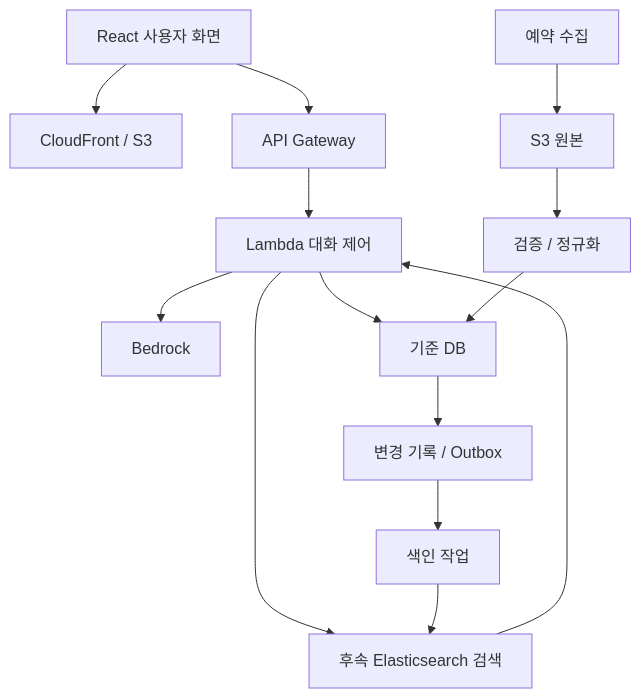
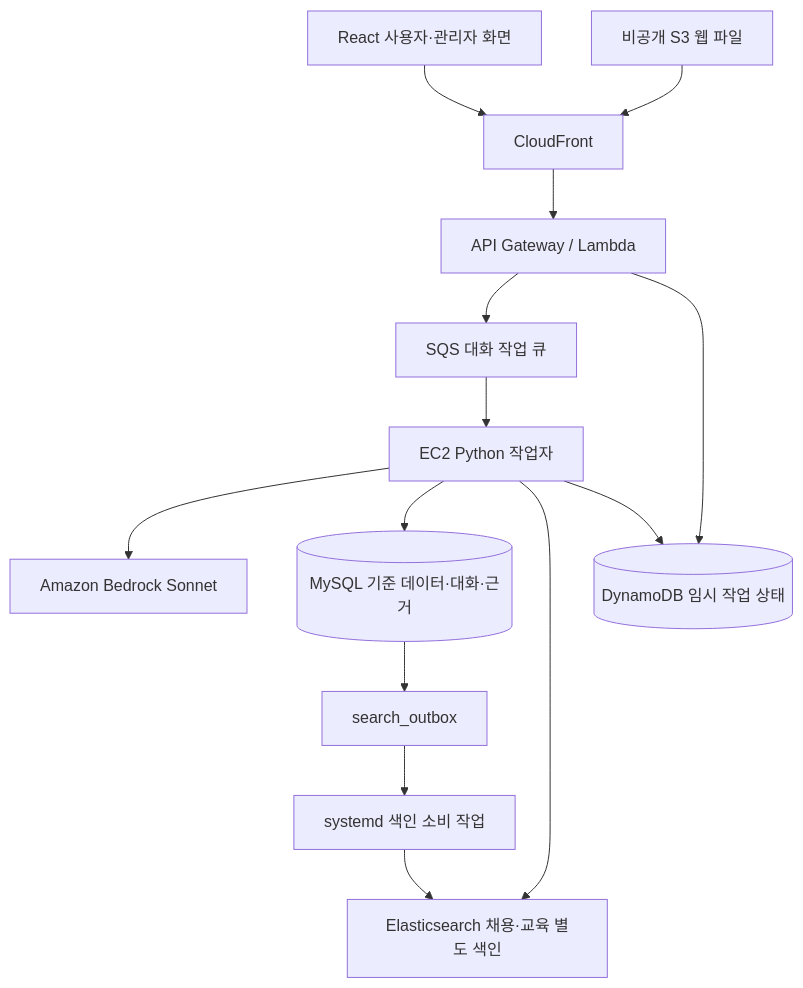
One commit to Ssecsecyee/career-matching changed the diagram in docs/ARCHITECTURE.md. Above: the diagram before and after it, drawn with Mermaid. The commit also changed other lines of this file and 6 other files, not shown here.

Commit message:
docs: align architecture with deployed worker and search topology

````diff
--- a/docs/ARCHITECTURE.md
+++ b/docs/ARCHITECTURE.md
@@ -60,16 +7,16 @@
 ```mermaid
 flowchart TD
- U[React 사용자 화면] --> CF[CloudFront / S3]
- U --> API[API Gateway]
- API --> L[Lambda 대화 제어]
- L --> B[Bedrock]
- L --> DB[기준 DB]
- L --> ES[후속 Elasticsearch 검색]
- ES --> L
- C[예약 수집] --> RAW[S3 원본]
- RAW --> V[검증 / 정규화]
- V --> DB
- DB --> O[변경 기록 / Outbox]
- O --> W[색인 작업]
- W --> ES
+ U[React 사용자·관리자 화면] --> CF[CloudFront]
+ S3[비공개 S3 웹 파일] --> CF
+ CF --> API[API Gateway / Lambda]
+ API --> Q[SQS 대화 작업 큐]
+ Q --> W[EC2 Python 작업자]
+ W --> B[Amazon Bedrock Sonnet]
+ W --> DB[(MySQL 기준 데이터·대화·근거)]
+ W --> ES[Elasticsearch 채용·교육 별도 색인]
+ API --> D[(DynamoDB 임시 작업 상태)]
+ W --> D
+ DB --> O[search_outbox]
+ O --> C[systemd 색인 소비 작업]
+ C --> ES
 ```
````
